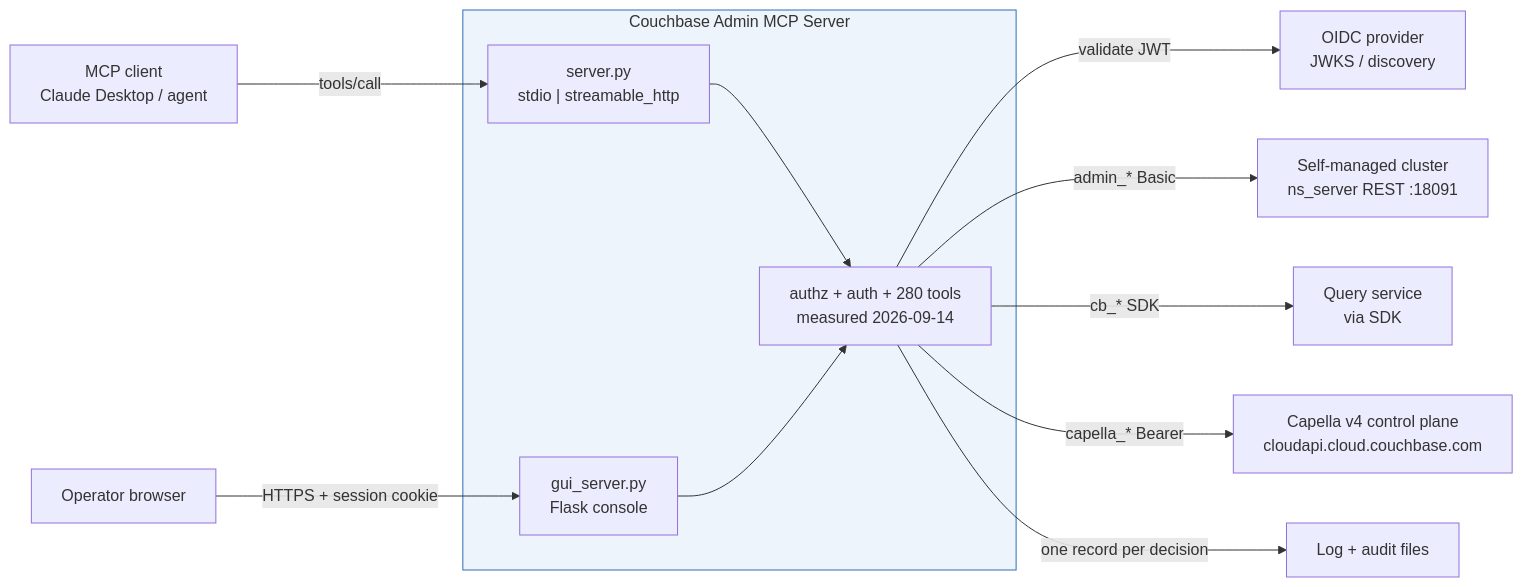
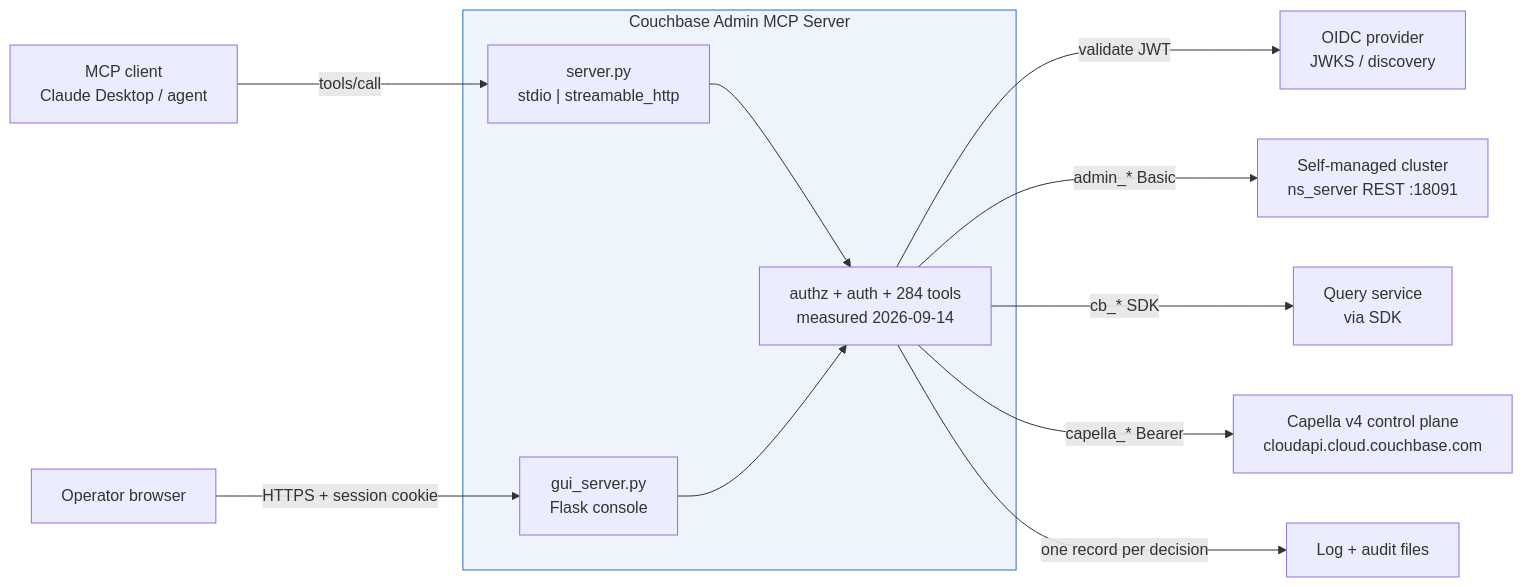
Before and after one commit to Couchbase-Ecosystem/couchbase_admin_mcp_server: the diagram in docs/diagrams-src/01_context.mmd, drawn with Mermaid. The commit also changed 36 other files, not shown here.

```diff
--- a/docs/diagrams-src/01_context.mmd
+++ b/docs/diagrams-src/01_context.mmd
@@ -1,23 +1,23 @@
 graph LR
   A["MCP client<br/>Claude Desktop / agent"]
   B["Operator browser"]
   subgraph Server["Couchbase Admin MCP Server"]
     MCP["server.py<br/>stdio | streamable_http"]
     GUI["gui_server.py<br/>Flask console"]
-    CORE["authz + auth + 280 tools<br/>measured 2026-09-14"]
+    CORE["authz + auth + 284 tools<br/>measured 2026-09-14"]
     MCP --> CORE
     GUI --> CORE
   end
   IDP["OIDC provider<br/>JWKS / discovery"]
   NS["Self-managed cluster<br/>ns_server REST :18091"]
   QRY["Query service<br/>via SDK"]
   CAP["Capella v4 control plane<br/>cloudapi.cloud.couchbase.com"]
   LOG["Log + audit files"]
   A -->|"tools/call"| MCP
   B -->|"HTTPS + session cookie"| GUI
   CORE -->|"validate JWT"| IDP
   CORE -->|"admin_*  Basic"| NS
   CORE -->|"cb_*  SDK"| QRY
   CORE -->|"capella_*  Bearer"| CAP
   CORE -->|"one record per decision"| LOG
   style Server fill:#eef4fb,stroke:#2c6fb5
```
